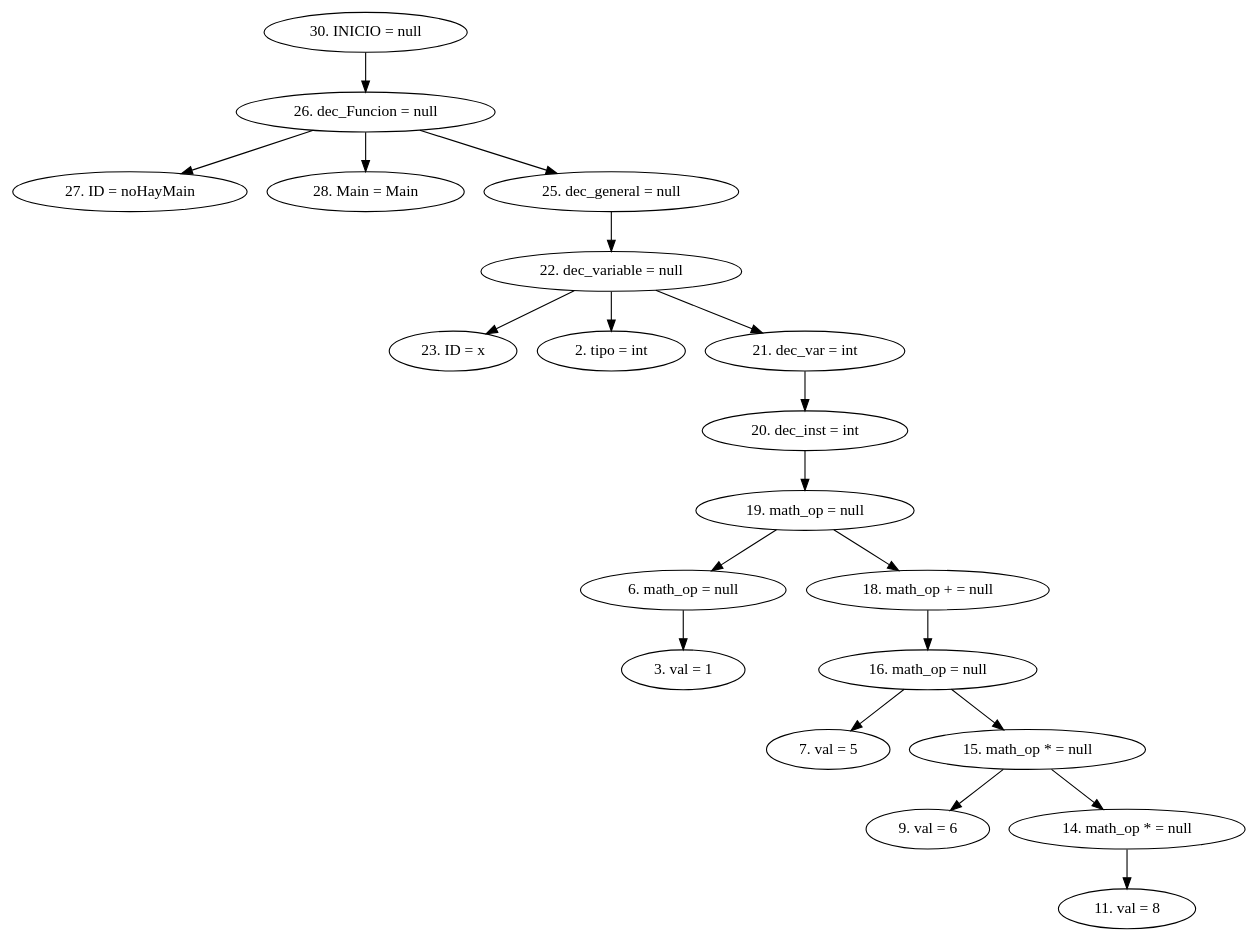
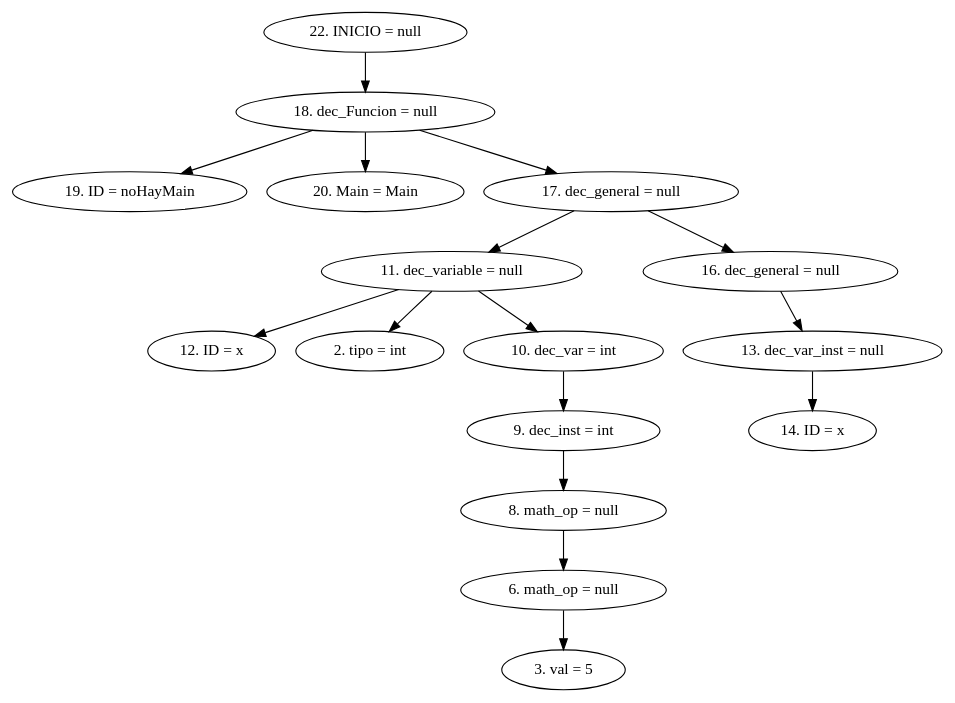
One commit to CarlosSosVos/NACHTs changed the diagram in AST.dot. Above: the diagram before and after it, drawn with Graphviz. The commit also changed 11 other files, not shown here.

```diff
--- a/AST.dot
+++ b/AST.dot
@@ -1,23 +1,19 @@
 digraph G {
-"30. INICIO = null"->"26. dec_Funcion = null"
-"26. dec_Funcion = null"->"27. ID = noHayMain"
-"26. dec_Funcion = null"->"28. Main = Main"
-"26. dec_Funcion = null"->"25. dec_general = null"
-"25. dec_general = null"->"22. dec_variable = null"
-"22. dec_variable = null"->"23. ID = x"
-"22. dec_variable = null"->"2. tipo = int"
-"22. dec_variable = null"->"21. dec_var = int"
-"21. dec_var = int"->"20. dec_inst = int"
-"20. dec_inst = int"->"19. math_op = null"
-"19. math_op = null"->"6. math_op = null"
-"6. math_op = null"->"3. val = 1"
-"19. math_op = null"->"18. math_op + = null"
-"18. math_op + = null"->"16. math_op = null"
-"16. math_op = null"->"7. val = 5"
-"16. math_op = null"->"15. math_op * = null"
-"15. math_op * = null"->"9. val = 6"
-"15. math_op * = null"->"14. math_op * = null"
-"14. math_op * = null"->"11. val = 8"
+"22. INICIO = null"->"18. dec_Funcion = null"
+"18. dec_Funcion = null"->"19. ID = noHayMain"
+"18. dec_Funcion = null"->"20. Main = Main"
+"18. dec_Funcion = null"->"17. dec_general = null"
+"17. dec_general = null"->"11. dec_variable = null"
+"11. dec_variable = null"->"12. ID = x"
+"11. dec_variable = null"->"2. tipo = int"
+"11. dec_variable = null"->"10. dec_var = int"
+"10. dec_var = int"->"9. dec_inst = int"
+"9. dec_inst = int"->"8. math_op = null"
+"8. math_op = null"->"6. math_op = null"
+"6. math_op = null"->"3. val = 5"
+"17. dec_general = null"->"16. dec_general = null"
+"16. dec_general = null"->"13. dec_var_inst = null"
+"13. dec_var_inst = null"->"14. ID = x"
 
 
 }
```
